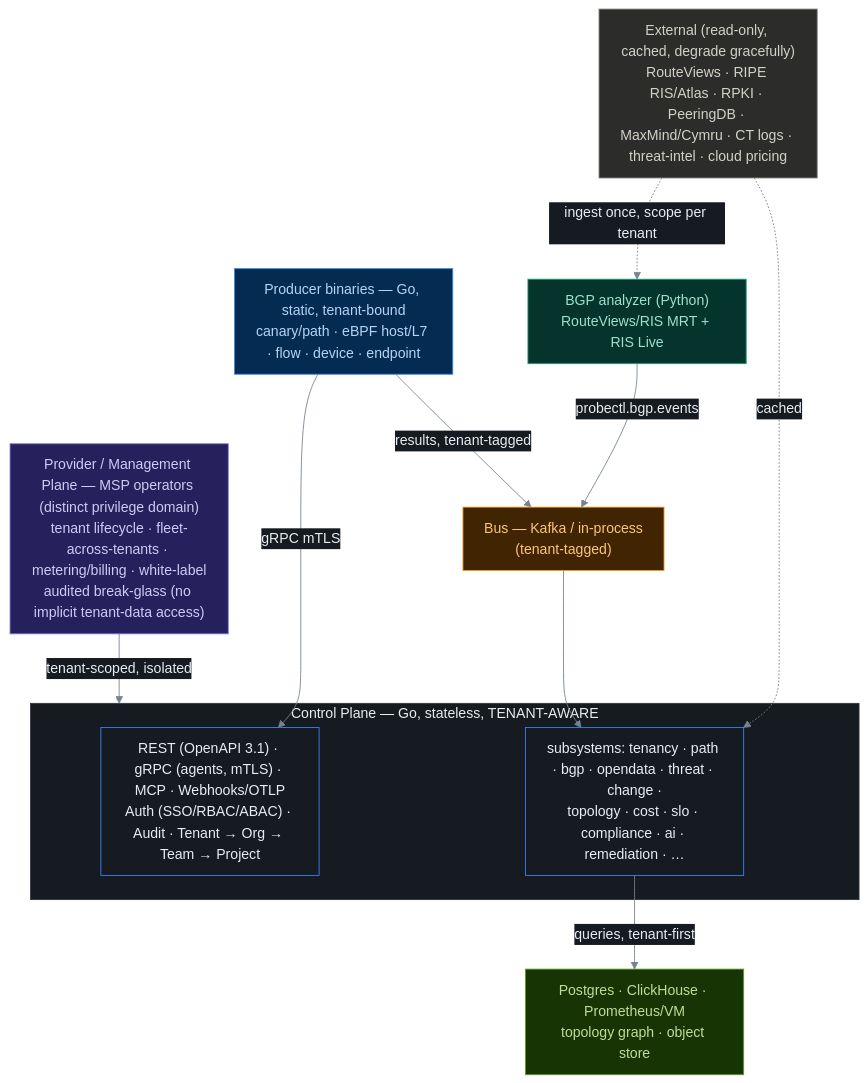
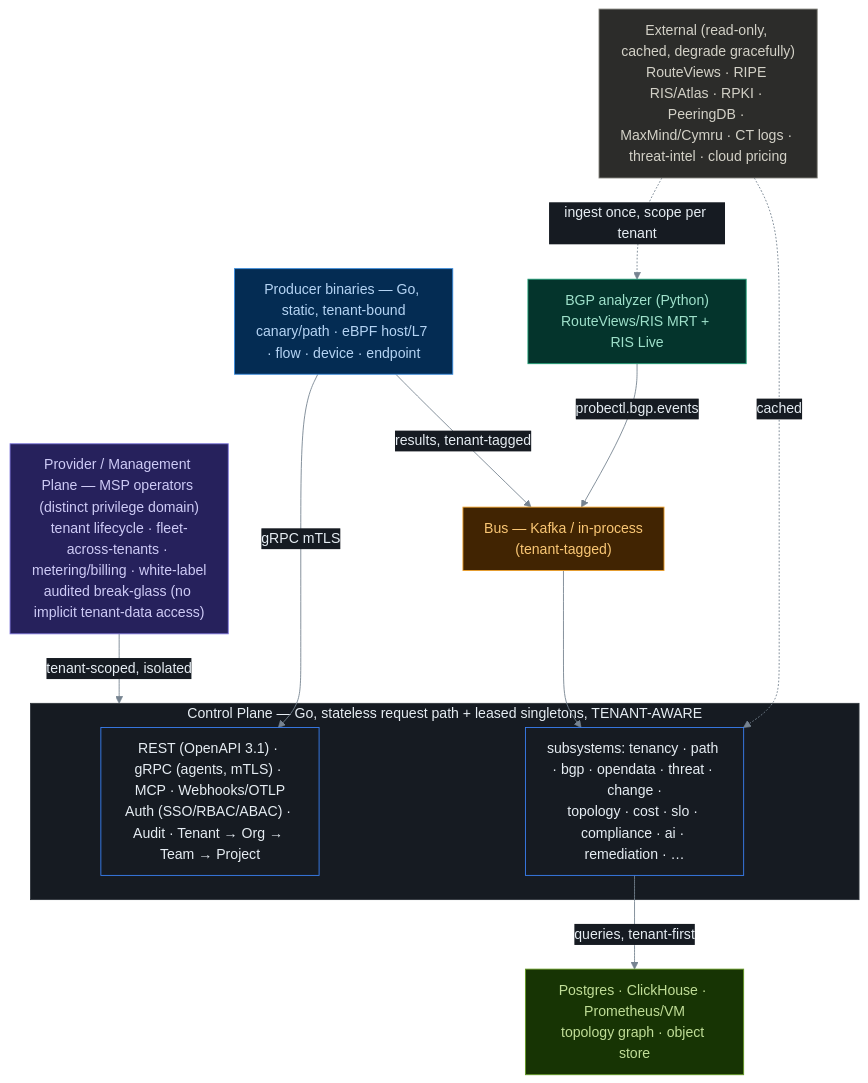
Before and after one commit to ctlplne/probectl: the diagram in README.md, drawn with Mermaid. The commit also changed other lines of this file and 14 other files, not shown here.

````diff
--- a/README.md
+++ b/README.md
@@ -213,38 +214,38 @@
 ```mermaid
 %%{init: {'theme':'base','themeVariables':{'background':'transparent','primaryColor':'#161b22','primaryTextColor':'#e6edf3','primaryBorderColor':'#3b82f6','lineColor':'#768390','secondaryColor':'#21262d','tertiaryColor':'#0d1117','clusterBkg':'#161b22','clusterBorder':'#30363d','titleColor':'#e6edf3','edgeLabelBackground':'#161b22','fontFamily':'ui-monospace, SFMono-Regular, Menlo, monospace'},'flowchart':{'curve':'basis','nodeSpacing':55,'rankSpacing':55,'padding':12}}}%%
 flowchart TB
     Provider["Provider / Management Plane — MSP operators (distinct privilege domain)<br/>tenant lifecycle · fleet-across-tenants · metering/billing · white-label<br/>audited break-glass (no implicit tenant-data access)"]
 
-    subgraph CP["Control Plane — Go, stateless, TENANT-AWARE"]
+    subgraph CP["Control Plane — Go, stateless request path + leased singletons, TENANT-AWARE"]
         Edge["REST (OpenAPI 3.1) · gRPC (agents, mTLS) · MCP · Webhooks/OTLP<br/>Auth (SSO/RBAC/ABAC) · Audit · Tenant → Org → Team → Project"]
         Subsys["subsystems: tenancy · path · bgp · opendata · threat · change ·<br/>topology · cost · slo · compliance · ai · remediation · …"]
     end
 
     Agents["Producer binaries — Go, static, tenant-bound<br/>canary/path · eBPF host/L7 · flow · device · endpoint"]
     Analyzer["BGP analyzer (Python)<br/>RouteViews/RIS MRT + RIS Live"]
     Bus["Bus — Kafka / in-process<br/>(tenant-tagged)"]
     Stores["Postgres · ClickHouse · Prometheus/VM<br/>topology graph · object store"]
     External["External (read-only, cached, degrade gracefully)<br/>RouteViews · RIPE RIS/Atlas · RPKI · PeeringDB · MaxMind/Cymru · CT logs · threat-intel · cloud pricing"]
 
     Provider -->|tenant-scoped, isolated| CP
     Agents -->|gRPC mTLS| Edge
     Analyzer -->|probectl.bgp.events| Bus
     Agents -->|results, tenant-tagged| Bus
     Bus --> Subsys
     Subsys -->|queries, tenant-first| Stores
     External -.->|ingest once, scope per tenant| Analyzer
     External -.->|cached| Subsys
 
     classDef prov fill:#26215C,stroke:#7F77DD,color:#CECBF6
     classDef agent fill:#042C53,stroke:#378ADD,color:#B5D4F4
     classDef analyzer fill:#04342C,stroke:#1D9E75,color:#9FE1CB
     classDef bus fill:#412402,stroke:#EF9F27,color:#FAC775
     classDef store fill:#173404,stroke:#639922,color:#C0DD97
     classDef ext fill:#2C2C2A,stroke:#888780,color:#D3D1C7
     class Provider prov
     class Agents agent
     class Analyzer analyzer
     class Bus bus
     class Stores store
     class External ext
 ```
````
